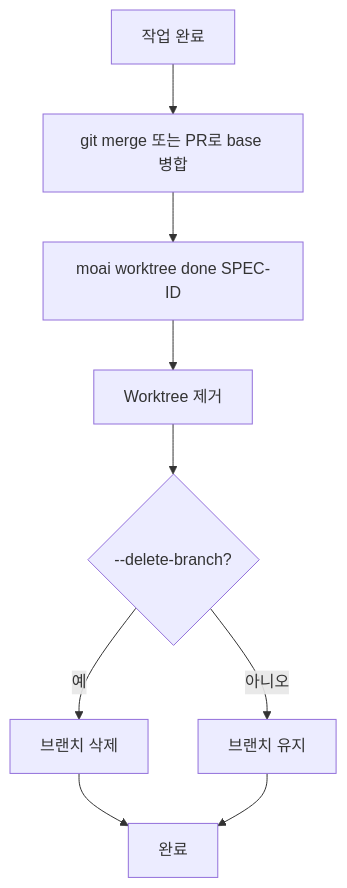
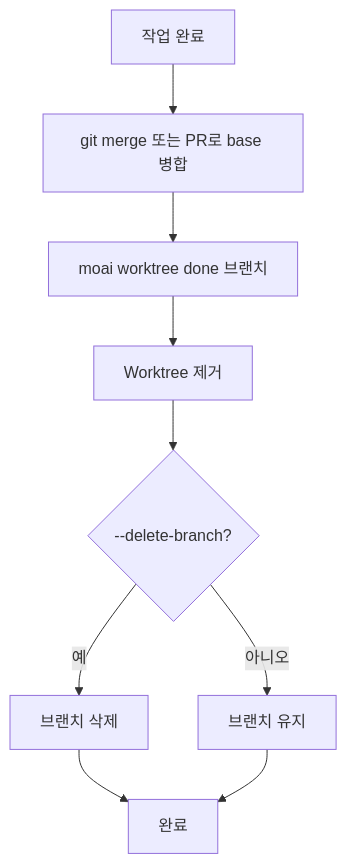
The sixth of 9 diagrams in docs-site/content/ko/worktree/guide.md (modu-ai/moai-adk), drawn with Mermaid before and after one commit. The commit also changed other lines of this file and 35 other files, not shown here.

````diff
--- a/docs-site/content/ko/worktree/guide.md
+++ b/docs-site/content/ko/worktree/guide.md
@@ -534,11 +460,11 @@
 ```mermaid
 flowchart TD
     A[작업 완료] --> B[git merge 또는 PR로 base 병합]
-    B --> C[moai worktree done SPEC-ID]
+    B --> C[moai worktree done 브랜치]
     C --> D[Worktree 제거]
     D --> E{--delete-branch?}
     E -->|예| F[브랜치 삭제]
     E -->|아니오| G[브랜치 유지]
     F --> H[완료]
     G --> H[완료]
 ```
````
